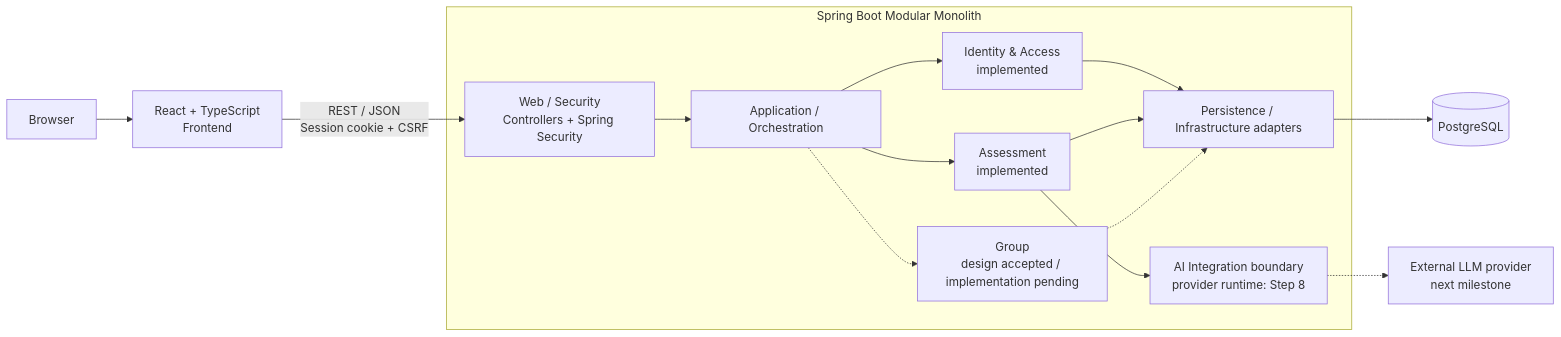
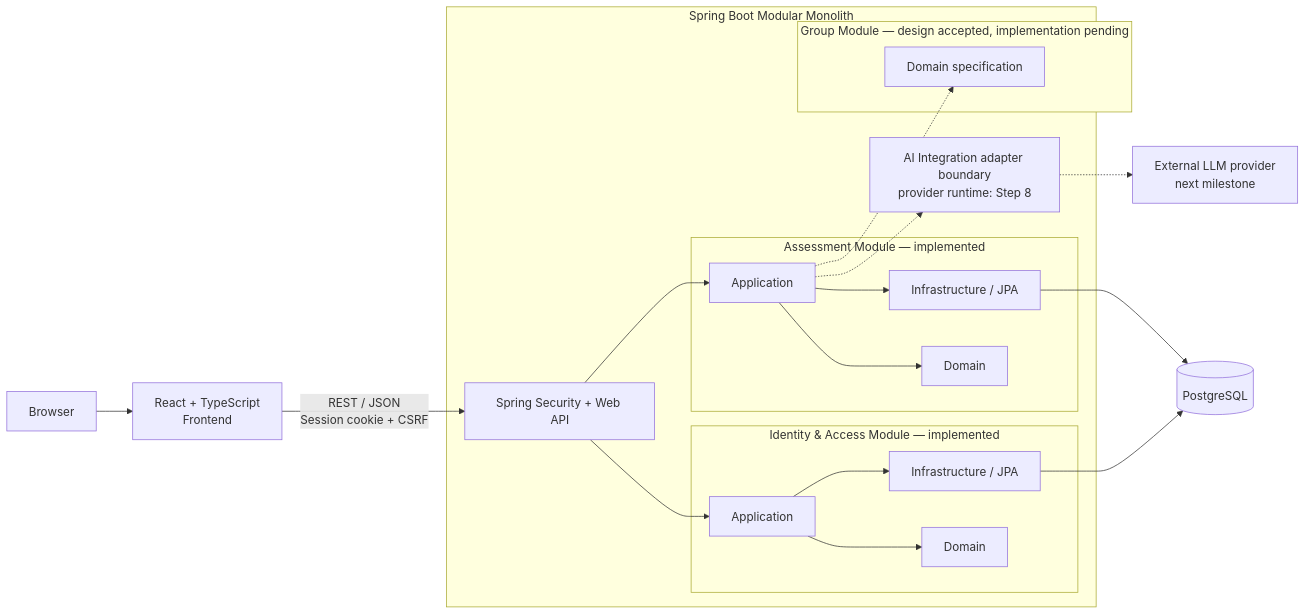
One commit to chen980729/aws-spring-personality-test changed the first of 4 diagrams in README.md. Above: the diagram before and after it, drawn with Mermaid. The commit also changed other lines of this file, not shown here.

Commit message:
docs: refine application architecture and backend flow

````diff
--- a/README.md
+++ b/README.md
@@ -62,27 +62,40 @@
 ```mermaid
 flowchart LR
     Browser["Browser"] --> React["React + TypeScript<br/>Frontend"]
-    React -->|"REST / JSON<br/>Session cookie + CSRF"| Web
+    React -->|"REST / JSON<br/>Session cookie + CSRF"| Web["Spring Security + Web API"]
 
     subgraph Backend["Spring Boot Modular Monolith"]
-        Web["Web / Security<br/>Controllers + Spring Security"]
-        App["Application / Orchestration"]
-        Identity["Identity & Access<br/>implemented"]
-        Assessment["Assessment<br/>implemented"]
-        Group["Group<br/>design accepted / implementation pending"]
-        AI["AI Integration boundary<br/>provider runtime: Step 8"]
-        Infra["Persistence / Infrastructure adapters"]
+        Web
 
-        Web --> App
-        App --> Identity
-        App --> Assessment
-        App -.-> Group
-        Assessment --> AI
-        Identity --> Infra
-        Assessment --> Infra
-        Group -.-> Infra
+        subgraph Identity["Identity & Access Module — implemented"]
+            IApp["Application"]
+            IDomain["Domain"]
+            IInfra["Infrastructure / JPA"]
+            IApp --> IDomain
+            IApp --> IInfra
+        end
+
+        subgraph Assessment["Assessment Module — implemented"]
+            AApp["Application"]
+            ADomain["Domain"]
+            AInfra["Infrastructure / JPA"]
+            AApp --> ADomain
+            AApp --> AInfra
+        end
+
+        subgraph Group["Group Module — design accepted, implementation pending"]
+            GDomain["Domain specification"]
+        end
+
+        AI["AI Integration adapter boundary<br/>provider runtime: Step 8"]
+
+        Web --> IApp
+        Web --> AApp
+        AApp -.-> AI
+        AApp -.-> GDomain
     end
 
-    Infra --> PostgreSQL[("PostgreSQL")]
+    IInfra --> PostgreSQL[("PostgreSQL")]
+    AInfra --> PostgreSQL
     AI -.-> Provider["External LLM provider<br/>next milestone"]
 ```
````
